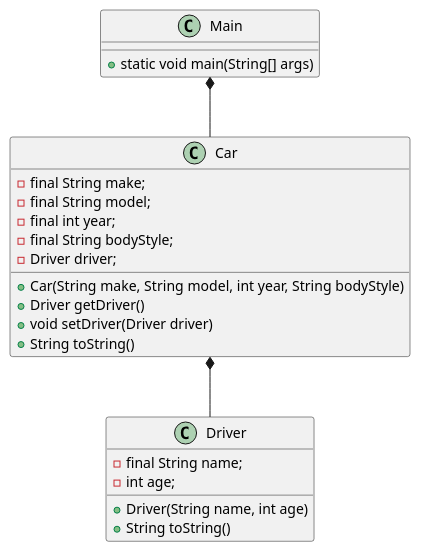
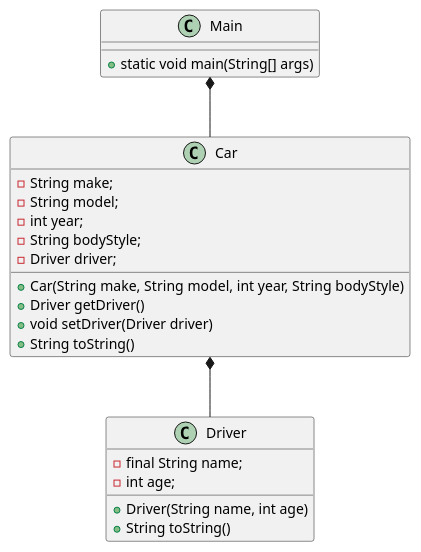
One commit to StylizedAce/Ugeopgave5-OOP changed the diagram in Documentation/CarsAndDrivers.puml. Above: the diagram before and after it, drawn with PlantUML. The commit also changed 2 other files, not shown here.

```diff
--- a/Documentation/CarsAndDrivers.puml
+++ b/Documentation/CarsAndDrivers.puml
@@ -1,31 +1,32 @@
 @startuml
 
 class Main {
     + static void main(String[] args)
+
 }
 
 class Car {
-    - final String make;
-    - final String model;
-    - final int year;
-    - final String bodyStyle;
+    - String make;
+    - String model;
+    - int year;
+    - String bodyStyle;
     - Driver driver;
 
     + Car(String make, String model, int year, String bodyStyle)
     + Driver getDriver()
     + void setDriver(Driver driver)
     + String toString()
 }
 
 class Driver {
     - final String name;
     - int age;
 
     + Driver(String name, int age)
     + String toString()
 }
 
 Main *-- Car
 Car *-- Driver
 
 @enduml
```
